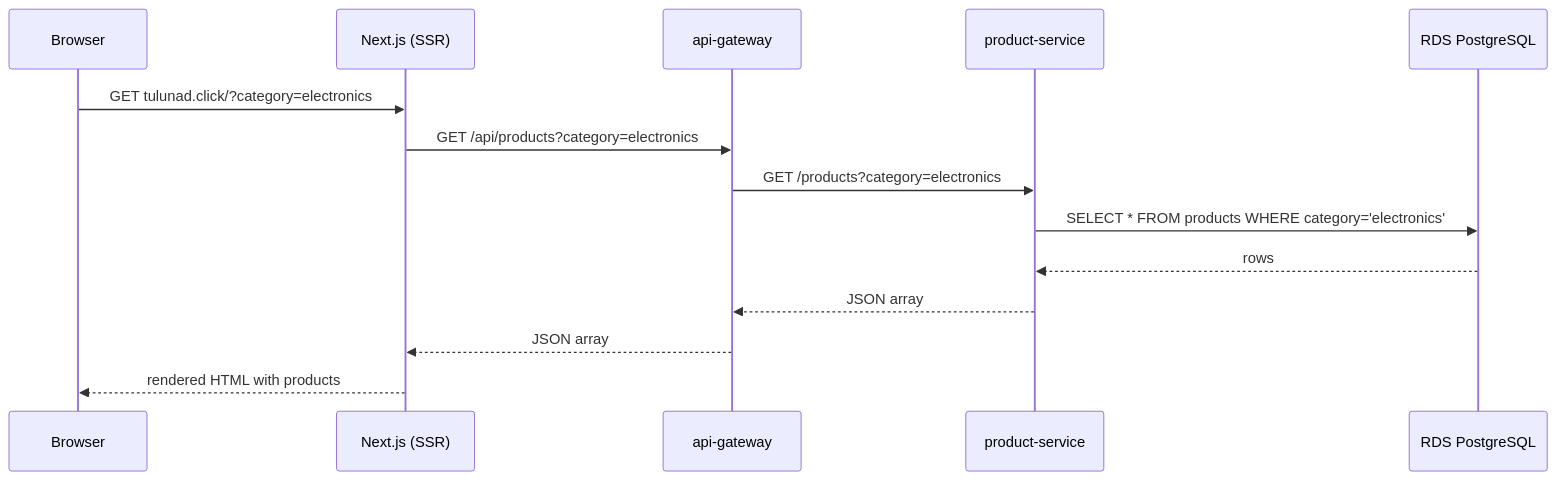
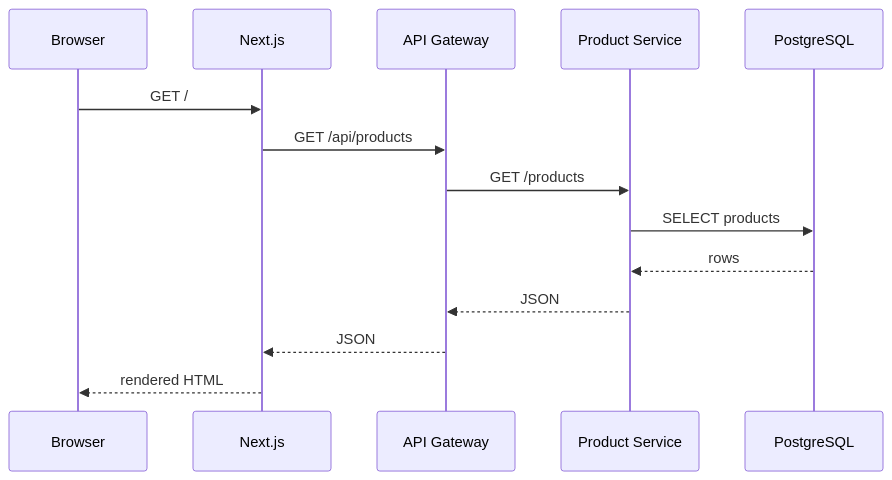
Before and after one commit to Nidhi-S12/cloudmart-services: the second of 5 diagrams in README.md, drawn with Mermaid. The commit also changed other lines of this file, not shown here.

Commit message:
docs: colored Mermaid diagrams, remove specific config values from diagrams

````diff
--- a/README.md
+++ b/README.md
@@ -62,17 +63,17 @@
 ```mermaid
 sequenceDiagram
     participant B as Browser
-    participant FE as Next.js (SSR)
-    participant GW as api-gateway
-    participant PS as product-service
-    participant DB as RDS PostgreSQL
+    participant FE as Next.js
+    participant GW as API Gateway
+    participant PS as Product Service
+    participant DB as PostgreSQL
 
-    B->>FE: GET tulunad.click/?category=electronics
-    FE->>GW: GET /api/products?category=electronics
-    GW->>PS: GET /products?category=electronics
-    PS->>DB: SELECT * FROM products WHERE category='electronics'
+    B->>FE: GET /
+    FE->>GW: GET /api/products
+    GW->>PS: GET /products
+    PS->>DB: SELECT products
     DB-->>PS: rows
-    PS-->>GW: JSON array
-    GW-->>FE: JSON array
-    FE-->>B: rendered HTML with products
+    PS-->>GW: JSON
+    GW-->>FE: JSON
+    FE-->>B: rendered HTML
 ```
````
